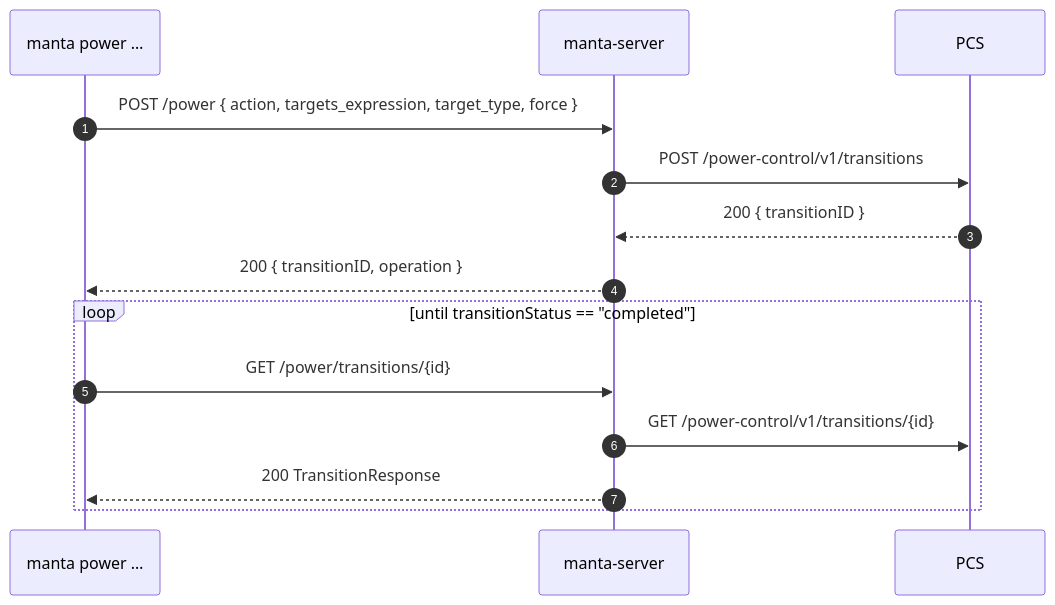
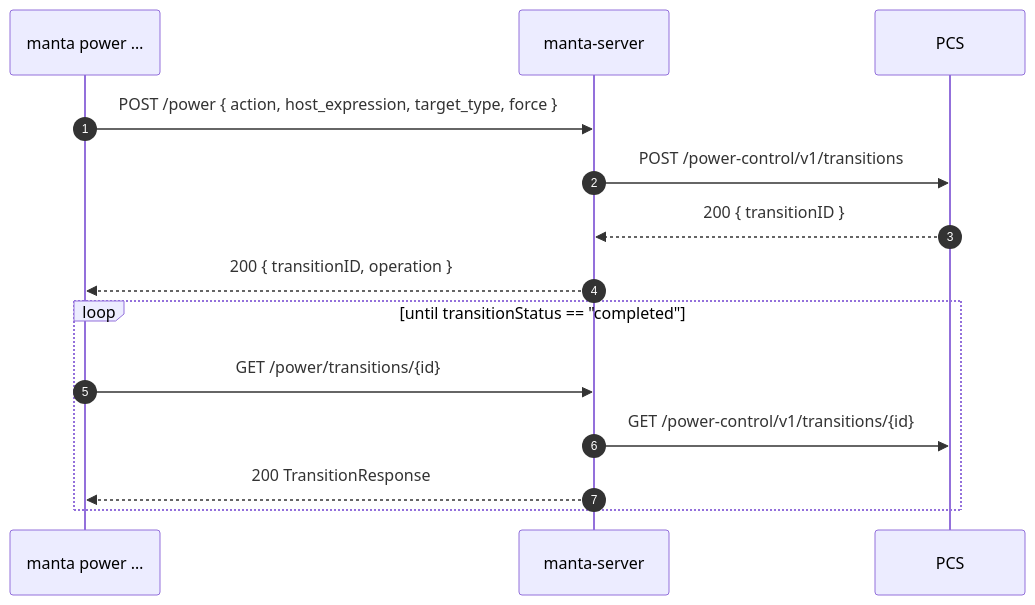
The first of 2 diagrams in API.md (eth-cscs/manta), drawn with Mermaid before and after one commit. The commit also changed other lines of this file and 67 other files, not shown here.

````diff
--- a/API.md
+++ b/API.md
@@ -960,18 +946,18 @@
 ```mermaid
 sequenceDiagram
   autonumber
   participant CLI as manta power …
   participant Srv as manta-server
   participant PCS
 
-  CLI->>Srv: POST /power { action, targets_expression, target_type, force }
+  CLI->>Srv: POST /power { action, host_expression, target_type, force }
   Srv->>PCS: POST /power-control/v1/transitions
   PCS-->>Srv: 200 { transitionID }
   Srv-->>CLI: 200 { transitionID, operation }
 
   loop until transitionStatus == "completed"
     CLI->>Srv: GET /power/transitions/{id}
     Srv->>PCS: GET /power-control/v1/transitions/{id}
     Srv-->>CLI: 200 TransitionResponse
   end
 ```
````
